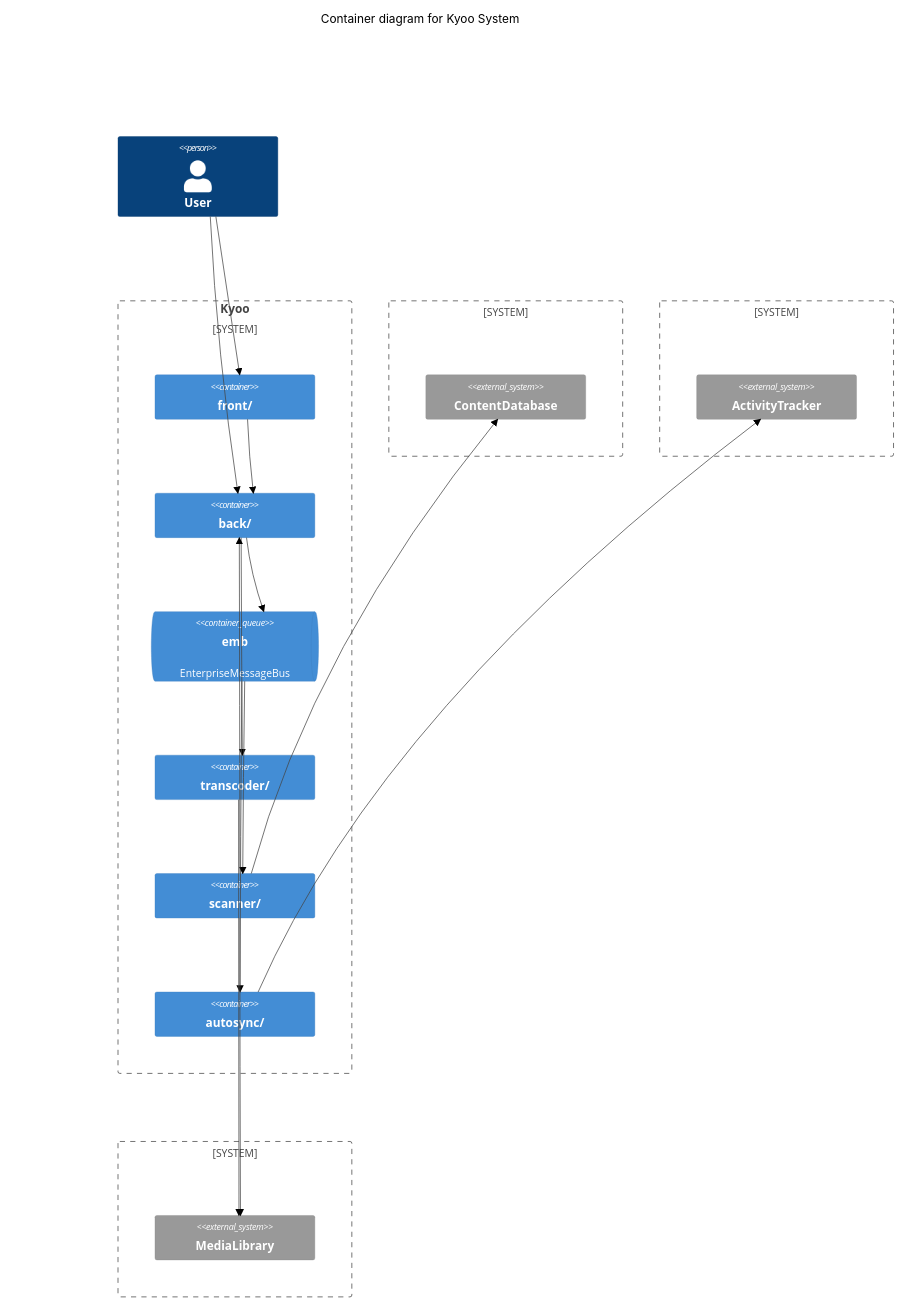
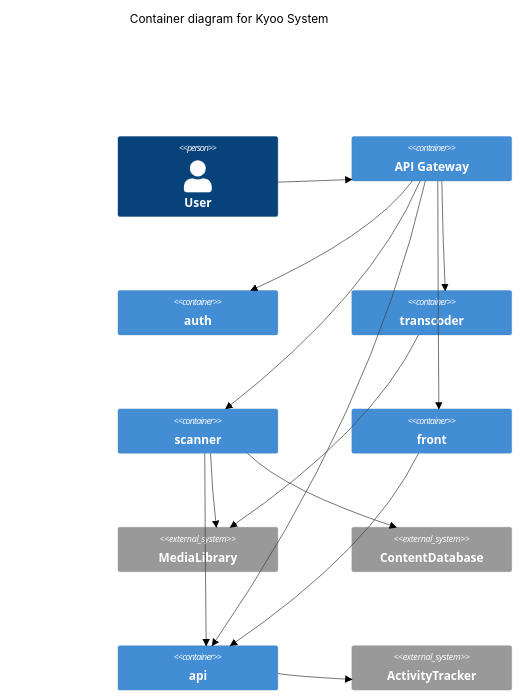
Before and after one commit to zoriya/Kyoo: the third of 8 diagrams in DIAGRAMS.md, drawn with Mermaid (neutral theme). The commit also changed other lines of this file, not shown here.

Commit message:
update diagrams for v5

````diff
--- a/DIAGRAMS.md
+++ b/DIAGRAMS.md
@@ -89,38 +89,31 @@
 ```mermaid
 C4Container
-  UpdateLayoutConfig($c4ShapeInRow="3", $c4BoundaryInRow="3")
+  UpdateLayoutConfig($c4ShapeInRow="3", $c4BoundaryInRow="1")
 
   title Container diagram for Kyoo System
 
   Person(user, "User")
-  System_Boundary(internal, "Kyoo") {
-    Container(frontend, "front/")
-    Container(backend, "back/")
-    ContainerQueue(emb, "emb", "", "EnterpriseMessageBus")
-    Container(transcoder, "transcoder/")
-    Container(scanner, "scanner/")
-    Container(autosync, "autosync/")
-  }
-  System_Boundary(external, "") {
-    System_Ext(content, "ContentDatabase", "")
-  }
-  System_Boundary(external2, "") {
-    System_Ext(tracker, "ActivityTracker", "")
-  }
-  System_Boundary(external3, "") {
-    System_Ext(media, "MediaLibrary", "")
-  }
+  Container(apigateway, "API Gateway")
+  Container(auth, "auth")
+  Container(transcoder, "transcoder")
+  Container(scanner, "scanner")
+  Container(frontend, "front")
+  System_Ext(media, "MediaLibrary", "")
+  System_Ext(content, "ContentDatabase", "")
+  Container(api, "api")
+  System_Ext(tracker, "ActivityTracker", "")
 
-  Rel(user, frontend, "")
-  Rel(user, backend, "")
-  Rel(frontend, backend, "")
-  Rel(backend, emb, "")
-  Rel(backend, transcoder, "")
-  Rel_Back(autosync, emb, "")
-  Rel(autosync, tracker, "")
-  Rel_Back(scanner, emb, "")
-  Rel(scanner, backend, "")
+
+  Rel(user, apigateway, "")
+  Rel(apigateway, frontend, "")
+  Rel(apigateway, scanner, "")
+  Rel(apigateway, transcoder, "")
+  Rel(apigateway, api, "")
+  Rel(apigateway, auth, "")
+  Rel(frontend, api, "")
+  Rel(api, tracker, "")
+  Rel(scanner, api, "")
   Rel(scanner, media, "")
   Rel(scanner, content, "")
   Rel(transcoder, media, "")
 ```
````
